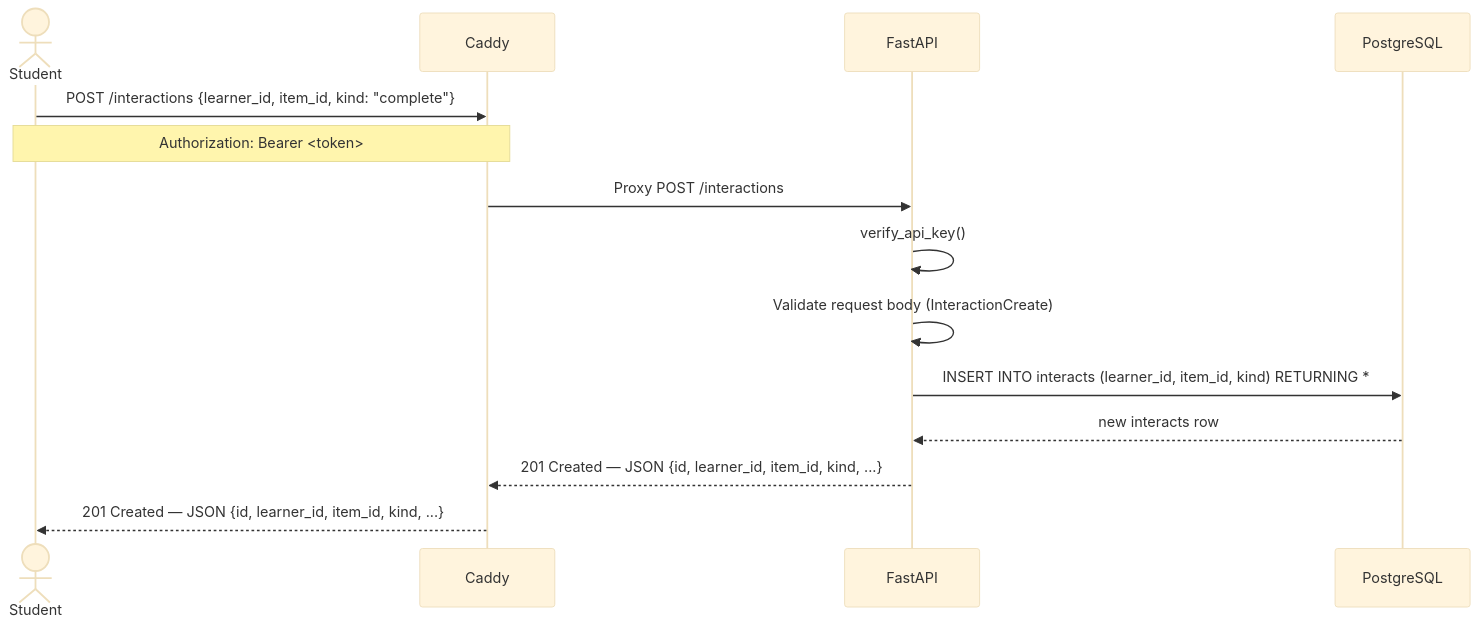
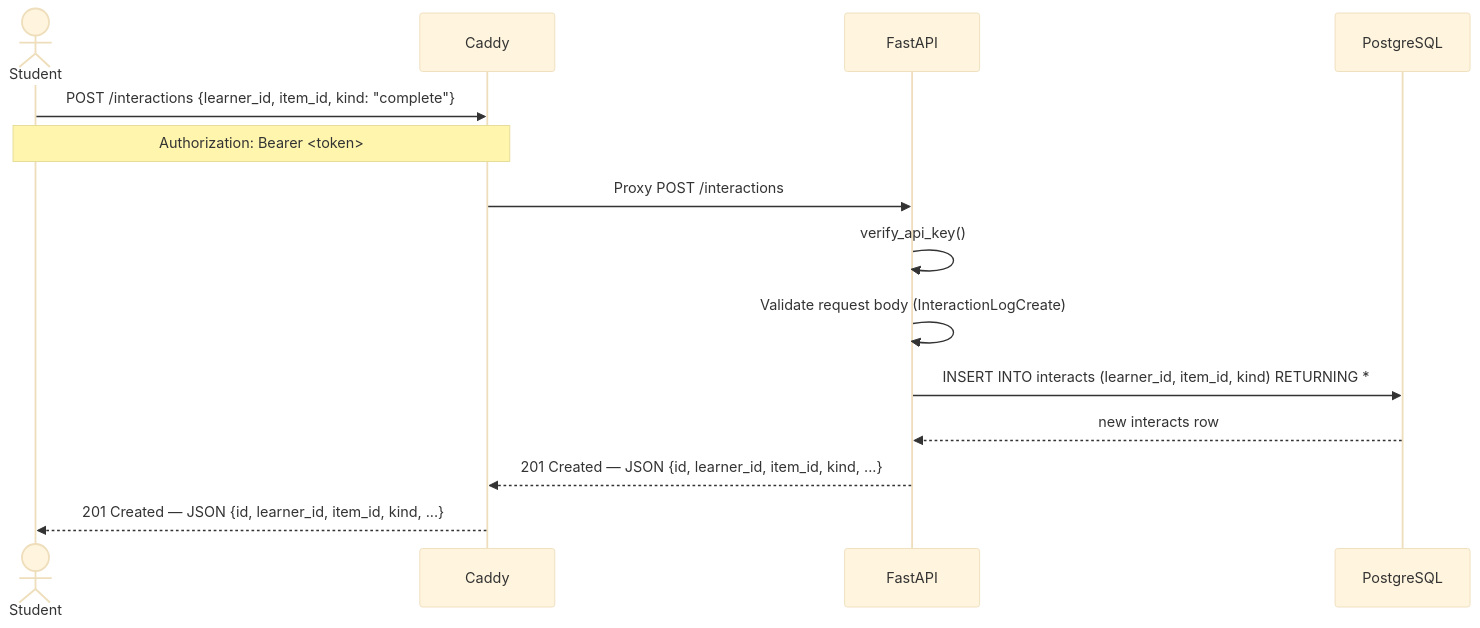
The seventh of 7 diagrams in docs/design/architecture.md (shefyo/se-toolkit-lab-8), drawn with Mermaid (base theme) before and after one commit. The commit also changed other lines of this file and 4 other files, not shown here.

First line of the commit message:
fix: correct model names in architecture, remove stale TODOs, fix typos in wiki

````diff
--- a/docs/design/architecture.md
+++ b/docs/design/architecture.md
@@ -282,17 +282,17 @@
 ```mermaid
 sequenceDiagram
     actor Student
     participant Caddy
     participant API as FastAPI
     participant DB as PostgreSQL
 
     Student->>Caddy: POST /interactions {learner_id, item_id, kind: "complete"}
     Note over Student,Caddy: Authorization: Bearer <token>
     Caddy->>API: Proxy POST /interactions
     API->>API: verify_api_key()
-    API->>API: Validate request body (InteractionCreate)
+    API->>API: Validate request body (InteractionLogCreate)
     API->>DB: INSERT INTO interacts (learner_id, item_id, kind) RETURNING *
     DB-->>API: new interacts row
     API-->>Caddy: 201 Created — JSON {id, learner_id, item_id, kind, ...}
     Caddy-->>Student: 201 Created — JSON {id, learner_id, item_id, kind, ...}
 ```
````
